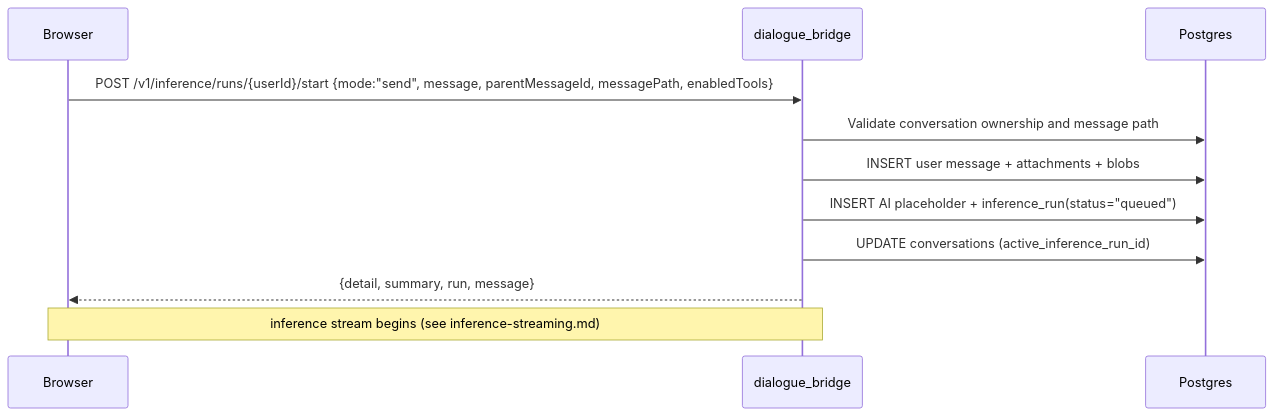
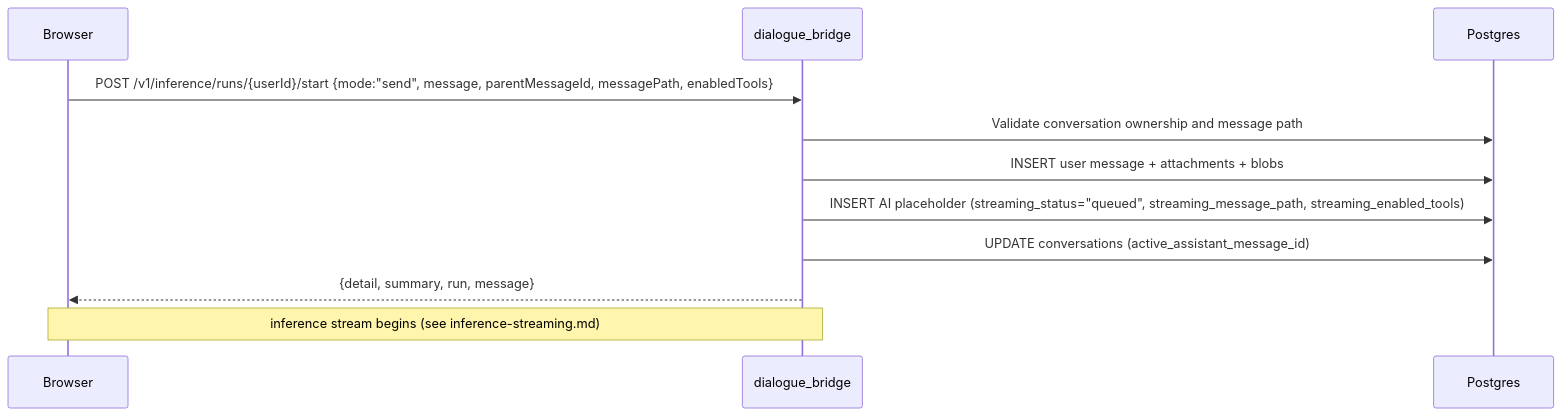
Before and after one commit to konstantinosmpouros/mAgenticX: the second of 6 diagrams in docs/flows/conversation-management.md, drawn with Mermaid. The commit also changed other lines of this file and 26 other files, not shown here.

Commit message:
Migrate inference streaming to WebSocket + Redis

````diff
--- a/docs/flows/conversation-management.md
+++ b/docs/flows/conversation-management.md
@@ -26,14 +26,14 @@
 ```mermaid
 sequenceDiagram
     participant Browser
     participant Bridge as dialogue_bridge
     participant PG as Postgres
 
     Browser->>Bridge: POST /v1/inference/runs/{userId}/start {mode:"send", message, parentMessageId, messagePath, enabledTools}
     Bridge->>PG: Validate conversation ownership and message path
     Bridge->>PG: INSERT user message + attachments + blobs
-    Bridge->>PG: INSERT AI placeholder + inference_run(status="queued")
-    Bridge->>PG: UPDATE conversations (active_inference_run_id)
+    Bridge->>PG: INSERT AI placeholder (streaming_status="queued", streaming_message_path, streaming_enabled_tools)
+    Bridge->>PG: UPDATE conversations (active_assistant_message_id)
     Bridge-->>Browser: {detail, summary, run, message}
     Note over Browser,Bridge: inference stream begins (see inference-streaming.md)
 ```
````
